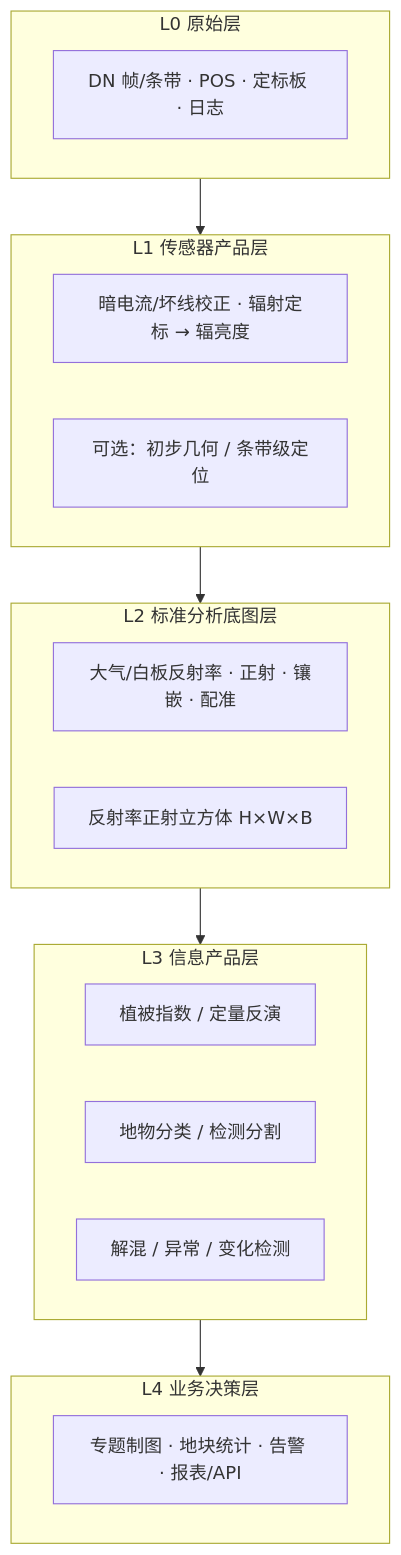
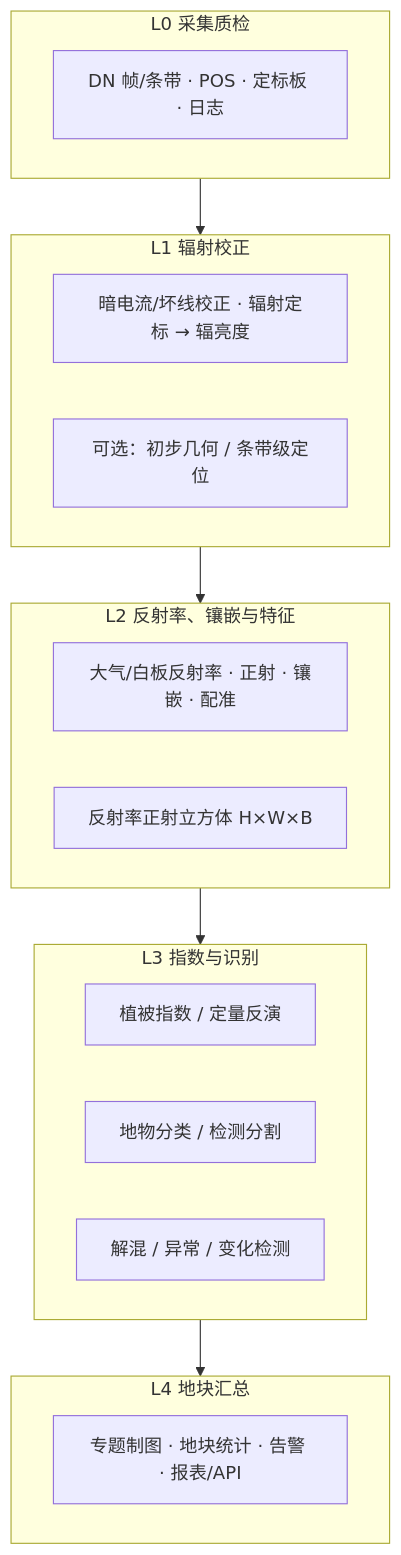
The diagram in algorithm/docs/采集到算法-算法清单.md (spjiang/spectrum), drawn with Mermaid before and after one commit. The commit also changed other lines of this file and 81 other files, not shown here.

````diff
--- a/algorithm/docs/采集到算法-算法清单.md
+++ b/algorithm/docs/采集到算法-算法清单.md
@@ -29,28 +31,28 @@
 ```mermaid
 flowchart TB
-  subgraph L0["L0 原始层"]
+  subgraph L0["L0 采集质检"]
     A0["DN 帧/条带 · POS · 定标板 · 日志"]
   end
 
-  subgraph L1["L1 传感器产品层"]
+  subgraph L1["L1 辐射校正"]
     A1["暗电流/坏线校正 · 辐射定标 → 辐亮度"]
     A1b["可选：初步几何 / 条带级定位"]
   end
 
-  subgraph L2["L2 标准分析底图层"]
+  subgraph L2["L2 反射率、镶嵌与特征"]
     A2["大气/白板反射率 · 正射 · 镶嵌 · 配准"]
     A2b["反射率正射立方体 H×W×B"]
   end
 
-  subgraph L3["L3 信息产品层"]
+  subgraph L3["L3 指数与识别"]
     A3a["植被指数 / 定量反演"]
     A3b["地物分类 / 检测分割"]
     A3c["解混 / 异常 / 变化检测"]
   end
 
-  subgraph L4["L4 业务决策层"]
+  subgraph L4["L4 地块汇总"]
     A4["专题制图 · 地块统计 · 告警 · 报表/API"]
   end
 
   L0 --> L1 --> L2 --> L3 --> L4
 ```
````
